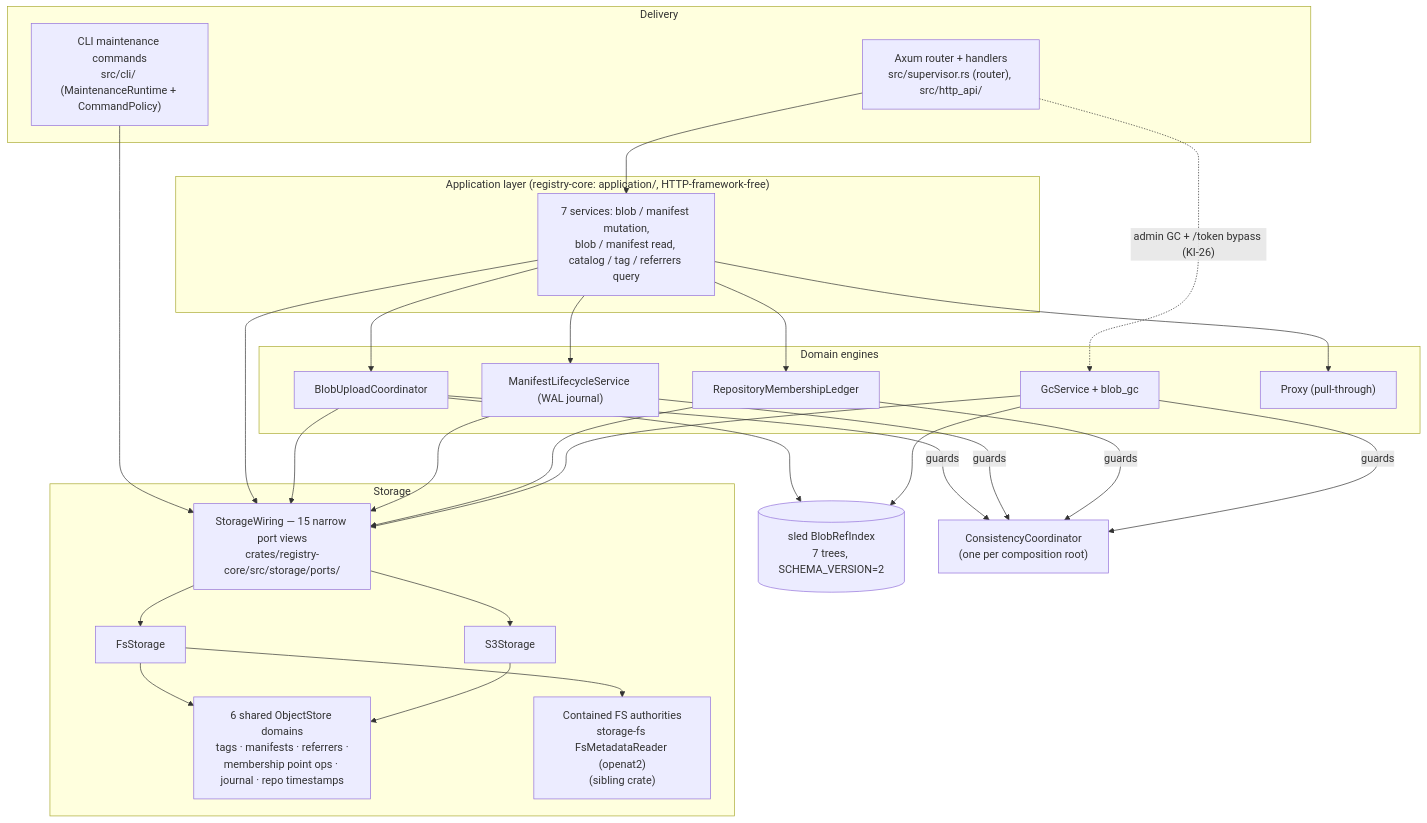
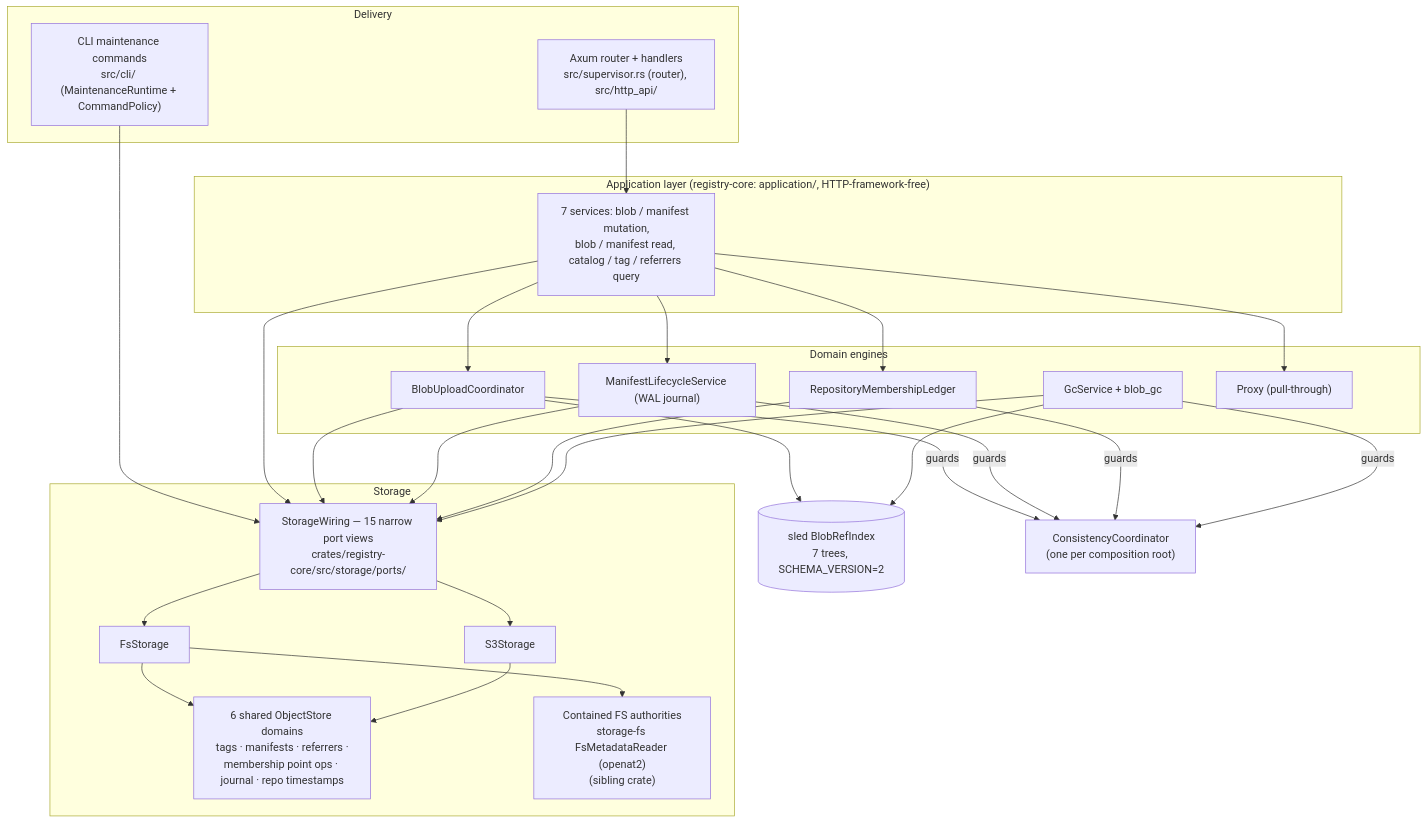
Before and after one commit to DirkTheDaring/naust: the first of 2 diagrams in docs/architecture/README.md, drawn with Mermaid. The commit also changed other lines of this file and 4 other files, not shown here.

````diff
--- a/docs/architecture/README.md
+++ b/docs/architecture/README.md
@@ -17,39 +17,38 @@
 ```mermaid
 graph TD
     subgraph Delivery
         HTTP["Axum router + handlers<br/>src/supervisor.rs (router), src/http_api/"]
         CLI["CLI maintenance commands<br/>src/cli/ (MaintenanceRuntime + CommandPolicy)"]
     end
     subgraph Application["Application layer (registry-core: application/, HTTP-framework-free)"]
         SVC["7 services: blob / manifest mutation,<br/>blob / manifest read, catalog / tag / referrers query"]
     end
     subgraph Engines["Domain engines"]
         UC["BlobUploadCoordinator"]
         ML["ManifestLifecycleService (WAL journal)"]
         LED["RepositoryMembershipLedger"]
         GC["GcService + blob_gc"]
         PX["Proxy (pull-through)"]
     end
     subgraph Storage
         W["StorageWiring — 15 narrow port views<br/>crates/registry-core/src/storage/ports/"]
         FS["FsStorage"]
         S3["S3Storage"]
         DOM["6 shared ObjectStore domains<br/>tags · manifests · referrers ·<br/>membership point ops · journal · repo timestamps"]
         CONT["Contained FS authorities<br/>storage-fs FsMetadataReader (openat2)<br/>(sibling crate)"]
     end
     IDX[("sled BlobRefIndex<br/>7 trees, SCHEMA_VERSION=2")]
     CC["ConsistencyCoordinator<br/>(one per composition root)"]
 
     HTTP --> SVC
-    HTTP -. "admin GC + /token bypass (KI-26)" .-> GC
     CLI --> W
     SVC --> UC & ML & LED & PX
     SVC --> W
     UC & ML & LED & GC --> W
     UC & GC --> IDX
     UC & ML & LED & GC -->|guards| CC
     W --> FS & S3
     FS --> CONT
     FS --> DOM
     S3 --> DOM
 ```
````
